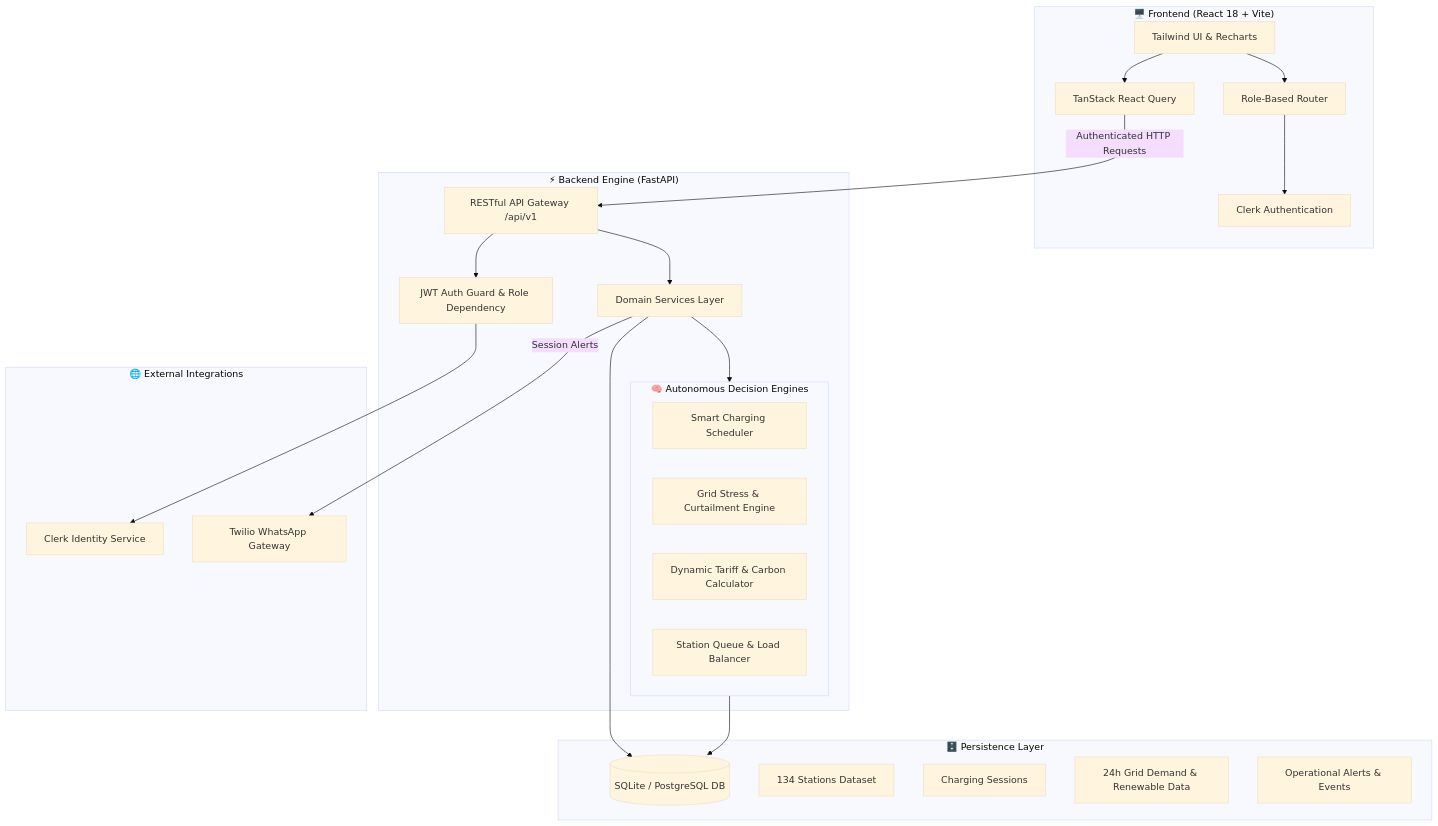
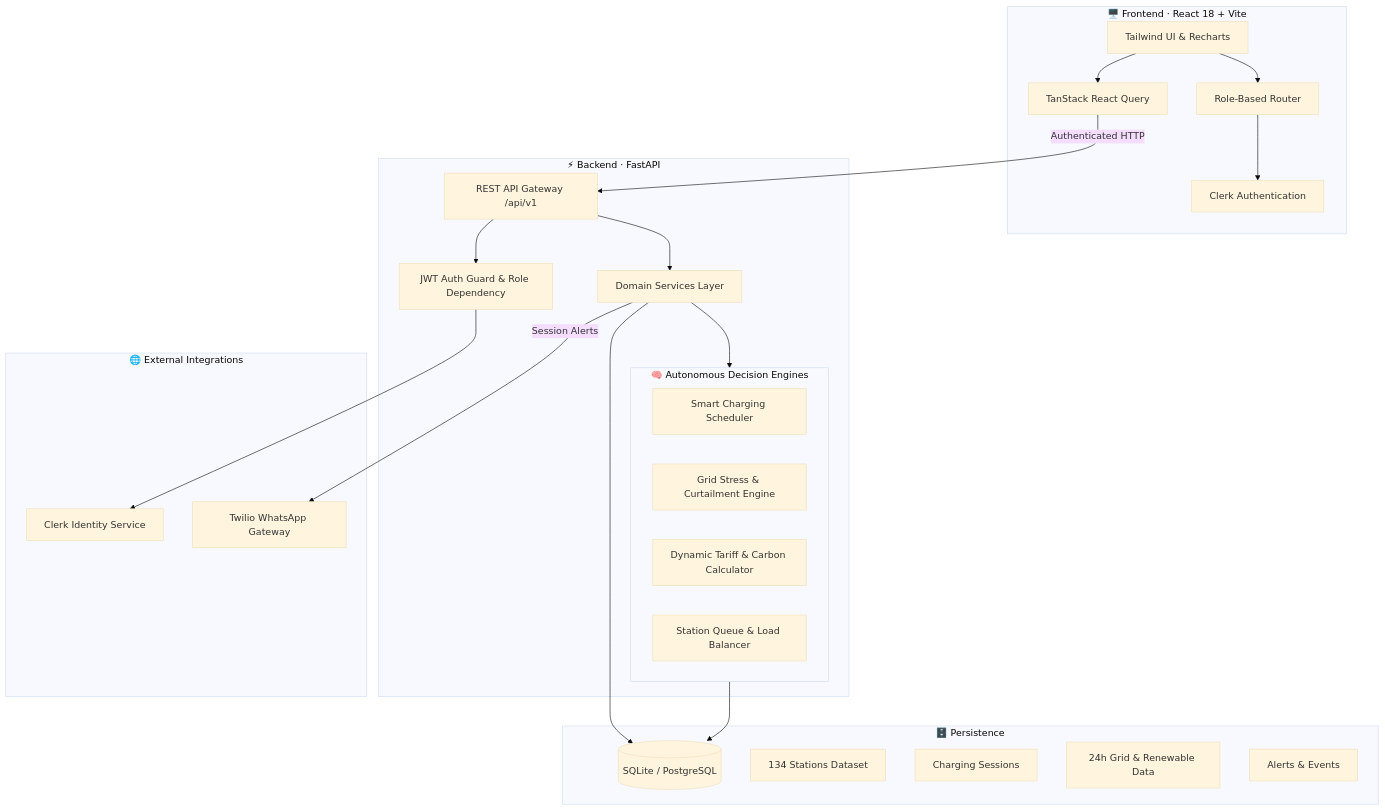
The first of 3 diagrams in README.md (Anushkad134/VoltSync-), drawn with Mermaid (base theme) before and after one commit. The commit also changed other lines of this file, not shown here.

````diff
--- a/README.md
+++ b/README.md
@@ -167,50 +242,48 @@
 ```mermaid
 flowchart TB
-    subgraph Client["🖥️ Frontend (React 18 + Vite)"]
+    subgraph Client["🖥️ Frontend · React 18 + Vite"]
         UI[Tailwind UI & Recharts]
         ClerkAuth[Clerk Authentication]
         Router[Role-Based Router]
         Query[TanStack React Query]
     end
 
-    subgraph Backend["⚡ Backend Engine (FastAPI)"]
-        API[RESTful API Gateway /api/v1]
+    subgraph Backend["⚡ Backend · FastAPI"]
+        API[REST API Gateway /api/v1]
         AuthGuard[JWT Auth Guard & Role Dependency]
-        
+
         subgraph Agents["🧠 Autonomous Decision Engines"]
             SchedAgent[Smart Charging Scheduler]
             GridAgent[Grid Stress & Curtailment Engine]
             PricingAgent[Dynamic Tariff & Carbon Calculator]
             QueueAgent[Station Queue & Load Balancer]
         end
 
         Services[Domain Services Layer]
     end
 
     subgraph External["🌐 External Integrations"]
         ClerkSvc[Clerk Identity Service]
         TwilioSvc[Twilio WhatsApp Gateway]
     end
 
-    subgraph Storage["🗄️ Persistence Layer"]
-        DB[(SQLite / PostgreSQL DB)]
+    subgraph Storage["🗄️ Persistence"]
+        DB[(SQLite / PostgreSQL)]
         StationsTable[134 Stations Dataset]
         SessionsTable[Charging Sessions]
-        GridTable[24h Grid Demand & Renewable Data]
-        AlertsTable[Operational Alerts & Events]
+        GridTable[24h Grid & Renewable Data]
+        AlertsTable[Alerts & Events]
     end
 
     UI --> Router
     Router --> ClerkAuth
     UI --> Query
-    Query -->|Authenticated HTTP Requests| API
-    
+    Query -->|Authenticated HTTP| API
     API --> AuthGuard
     AuthGuard --> ClerkSvc
     API --> Services
-    
     Services --> Agents
     Agents --> DB
     Services --> DB
     Services -->|Session Alerts| TwilioSvc
 ```
````
